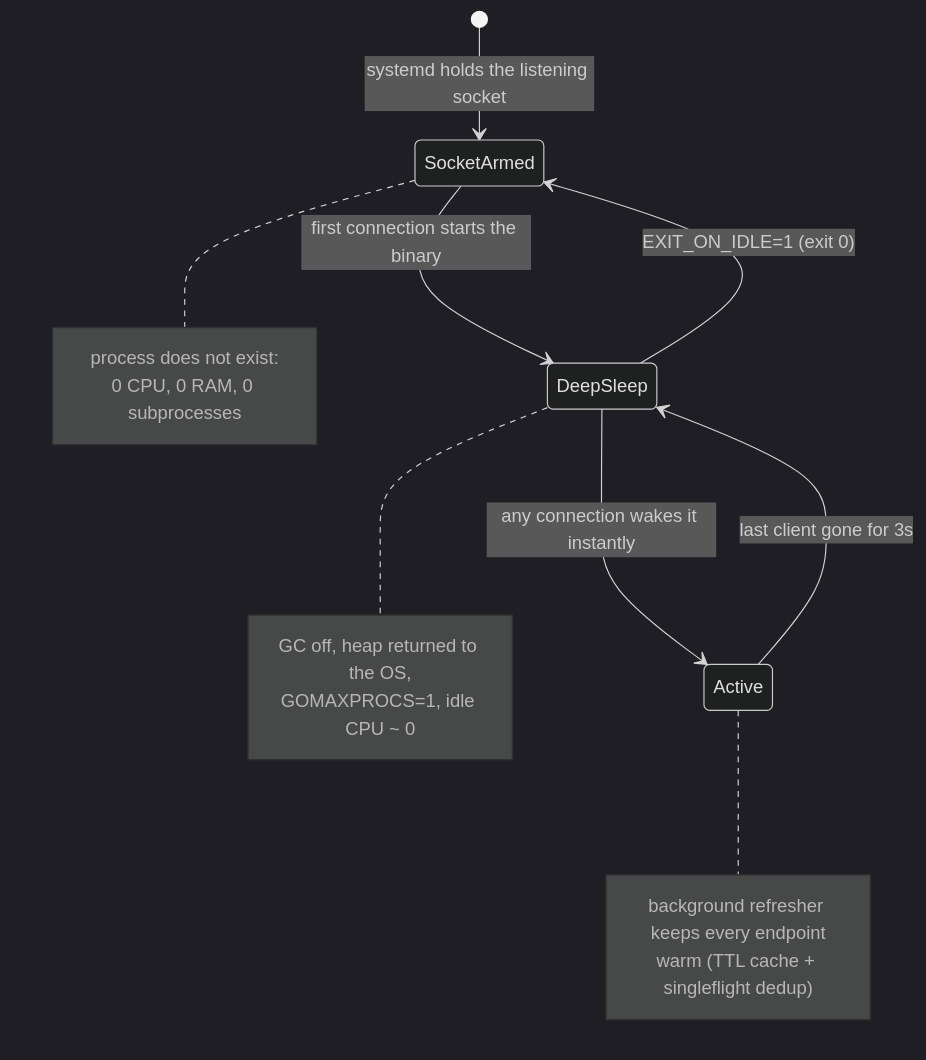
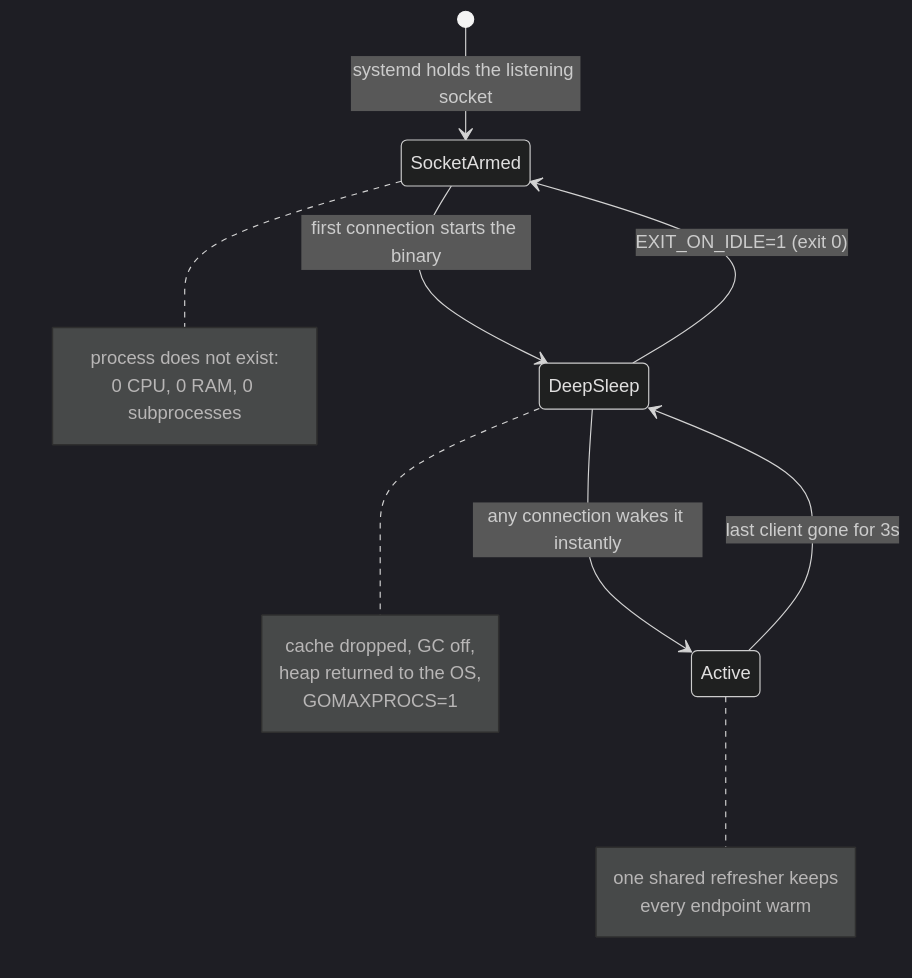
The first of 2 diagrams in README.md (paepckehh/zdash), drawn with Mermaid (dark theme) before and after one commit. The commit also changed other lines of this file and 16 other files, not shown here.

````diff
--- a/README.md
+++ b/README.md
@@ -92,20 +141,21 @@
 ```mermaid
 stateDiagram-v2
     [*] --> SocketArmed : systemd holds the listening socket
     SocketArmed --> DeepSleep : first connection starts the binary
     DeepSleep --> Active : any connection wakes it instantly
     Active --> DeepSleep : last client gone for 3s
     DeepSleep --> SocketArmed : EXIT_ON_IDLE=1 (exit 0)
     note right of SocketArmed
         process does not exist:
         0 CPU, 0 RAM, 0 subprocesses
     end note
     note right of DeepSleep
-        GC off, heap returned to the OS,
-        GOMAXPROCS=1, idle CPU ~ 0
+        cache dropped, GC off,
+        heap returned to the OS,
+        GOMAXPROCS=1
     end note
     note right of Active
-        background refresher keeps every endpoint
-        warm (TTL cache + singleflight dedup)
+        one shared refresher keeps
+        every endpoint warm
     end note
 ```
````
